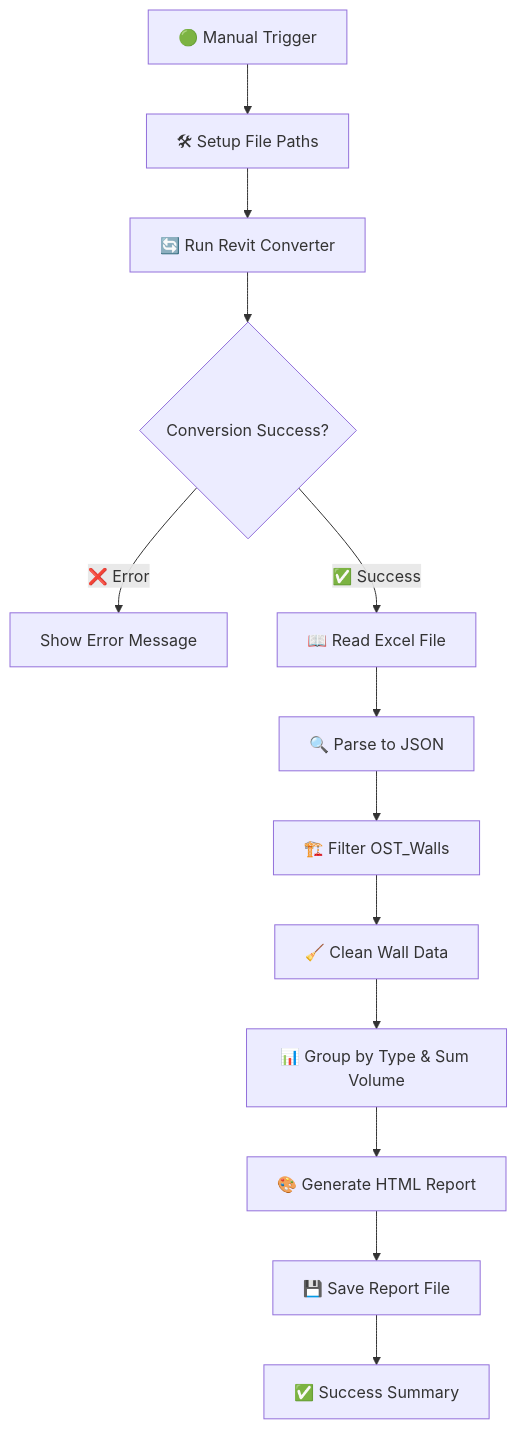
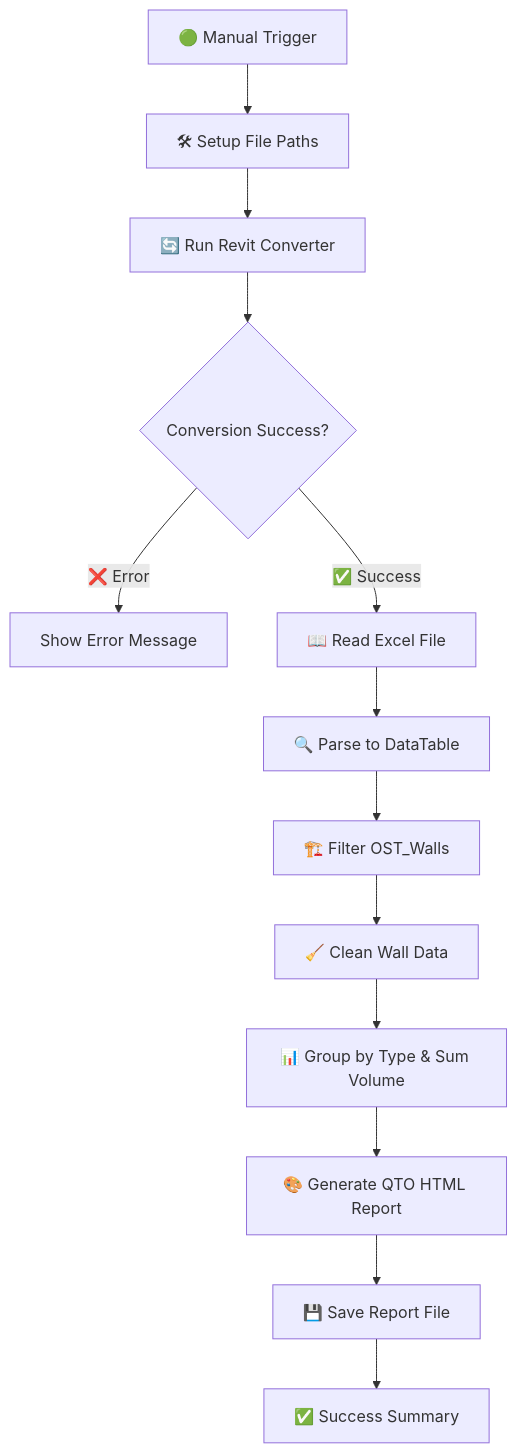
The fourth of 4 diagrams in README.md (ehtick/cad2data-Revit-IFC-DWG-DGN-pipeline-with-conversion-validation-qto), drawn with Mermaid before and after one commit. The commit also changed other lines of this file, not shown here.

````diff
--- a/README.md
+++ b/README.md
@@ -285,15 +285,15 @@
 ```mermaid
 graph TD;
     A[🟢 Manual Trigger] --> B[🛠 Setup File Paths]
     B --> C[🔄 Run Revit Converter]
     C --> D{Conversion Success?}
     D -->|❌ Error| E[Show Error Message]
     D -->|✅ Success| F[📖 Read Excel File]
-    F --> G[🔍 Parse to JSON]
+    F --> G[🔍 Parse to DataTable]
     G --> H[🏗️ Filter OST_Walls]
     H --> I[🧹 Clean Wall Data]
     I --> J[📊 Group by Type & Sum Volume]
-    J --> K[🎨 Generate HTML Report]
+    J --> K[🎨 Generate QTO HTML Report]
     K --> L[💾 Save Report File]
     L --> M[✅ Success Summary]
 ```
````
